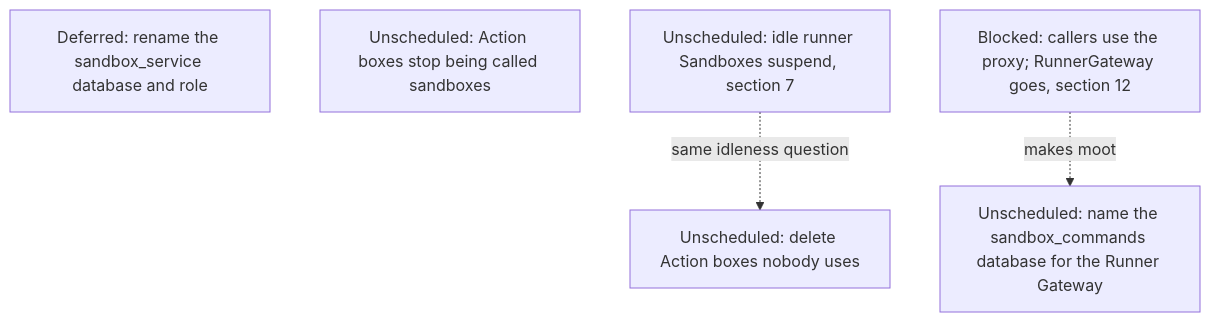
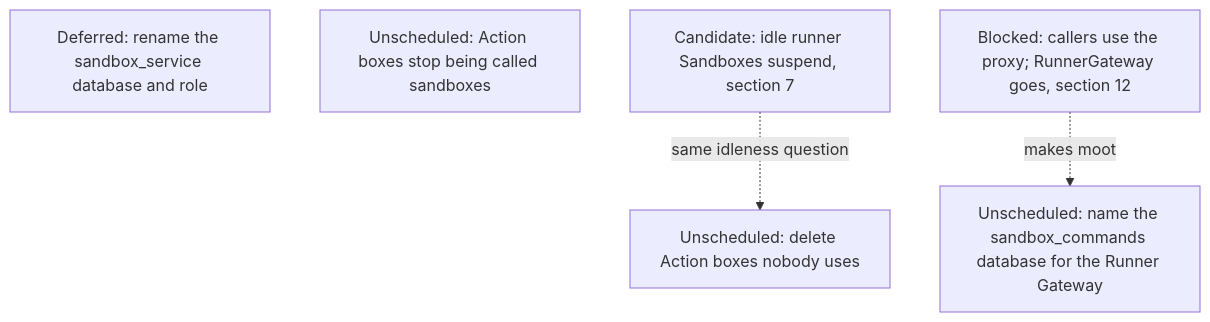
Before and after one commit to agentydragon/ducktape: diagram 12 of 15 in agentplane/plans/task_dag.md, drawn with Mermaid. The commit also changed other lines of this file, not shown here.

Commit message:
Clear verified runner and app rollout gates

````diff
--- a/agentplane/plans/task_dag.md
+++ b/agentplane/plans/task_dag.md
@@ -929,9 +919,9 @@
 ```mermaid
 flowchart TD
     HISTORY_DATABASE_RENAME[Deferred: rename the sandbox_service database and role]
     SANDBOX_DATABASE_RENAME[Unscheduled: name the sandbox_commands database for the Runner Gateway]
     ACTION_BOX_RENAME[Unscheduled: Action boxes stop being called sandboxes]
     ACTION_BOX_IDLE_REAPER[Unscheduled: delete Action boxes nobody uses]
-    SANDBOX_IDLE_EXPIRY[Unscheduled: idle runner Sandboxes suspend, section 7] -. same idleness question .-> ACTION_BOX_IDLE_REAPER
+    SANDBOX_IDLE_EXPIRY[Candidate: idle runner Sandboxes suspend, section 7] -. same idleness question .-> ACTION_BOX_IDLE_REAPER
     GATEWAY_WRAPPER_RETIRE[Blocked: callers use the proxy; RunnerGateway goes, section 12] -. makes moot .-> SANDBOX_DATABASE_RENAME
 ```
````
